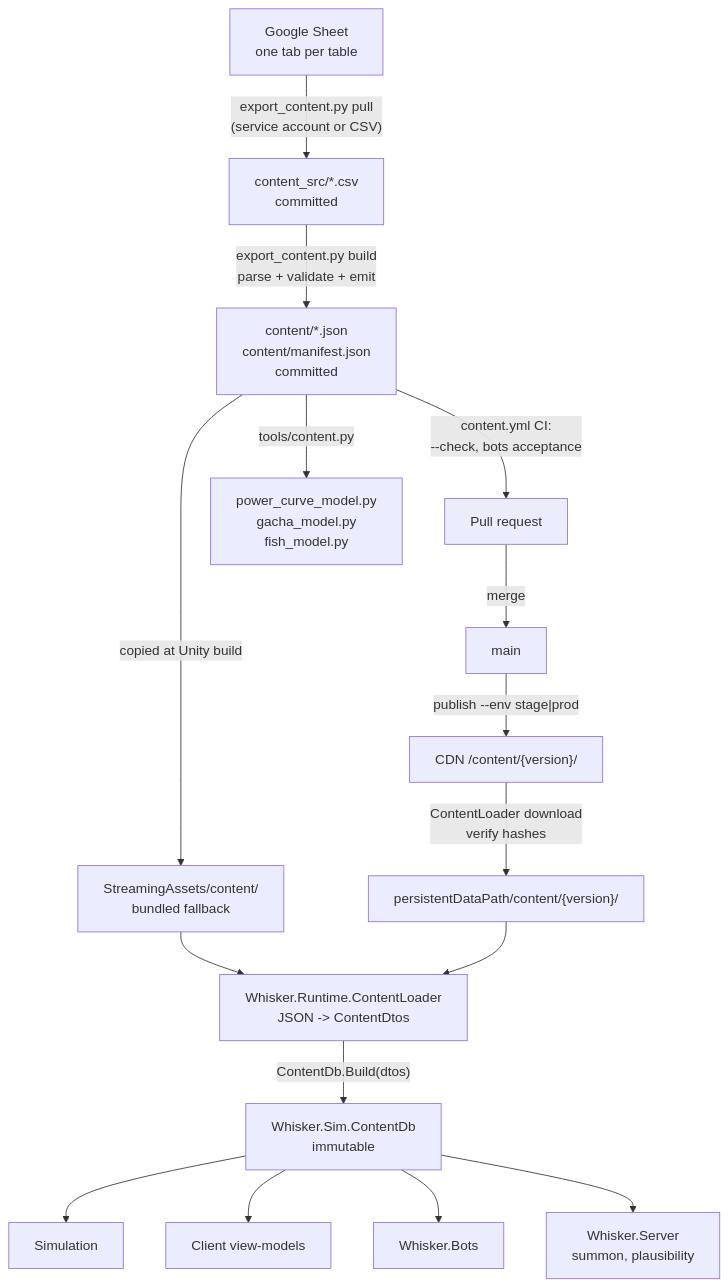
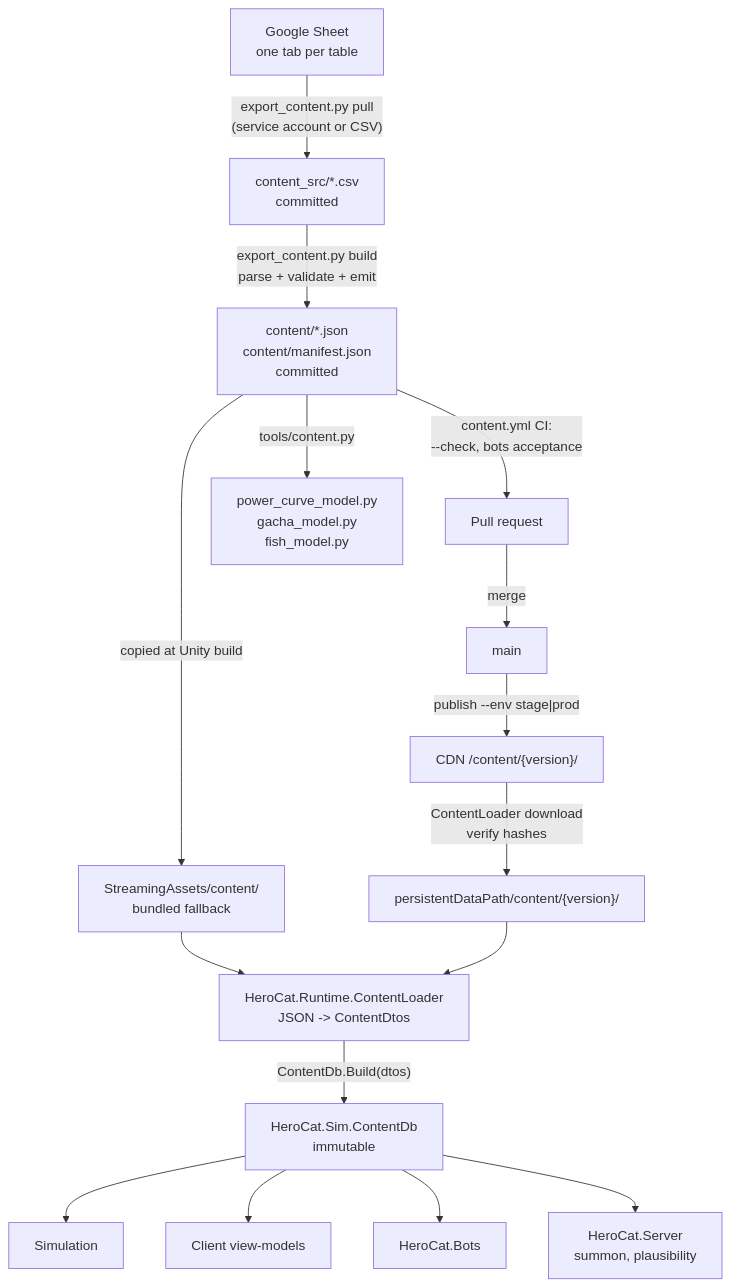
One commit to kjew2/herocat changed the first of 2 diagrams in specs/09-content-data-pipeline.md. Above: the diagram before and after it, drawn with Mermaid. The commit also changed other lines of this file and 35 other files, not shown here.

First line of the commit message:
Record first spec decisions: HeroCat names, Unity 6, no web build, clean replace

````diff
--- a/specs/09-content-data-pipeline.md
+++ b/specs/09-content-data-pipeline.md
@@ -20,18 +20,18 @@
 ```mermaid
 flowchart TD
     Sheet["Google Sheet<br/>one tab per table"] -->|"export_content.py pull<br/>(service account or CSV)"| CSV["content_src/*.csv<br/>committed"]
     CSV -->|"export_content.py build<br/>parse + validate + emit"| JSON["content/*.json<br/>content/manifest.json<br/>committed"]
     JSON -->|"content.yml CI:<br/>--check, bots acceptance"| PR["Pull request"]
     PR -->|"merge"| Main["main"]
     Main -->|"publish --env stage|prod"| CDN["CDN /content/{version}/"]
     JSON -->|"copied at Unity build"| SA["StreamingAssets/content/<br/>bundled fallback"]
     CDN -->|"ContentLoader download<br/>verify hashes"| Cache["persistentDataPath/content/{version}/"]
-    SA --> Loader["Whisker.Runtime.ContentLoader<br/>JSON -> ContentDtos"]
+    SA --> Loader["HeroCat.Runtime.ContentLoader<br/>JSON -> ContentDtos"]
     Cache --> Loader
-    Loader -->|"ContentDb.Build(dtos)"| DB["Whisker.Sim.ContentDb<br/>immutable"]
+    Loader -->|"ContentDb.Build(dtos)"| DB["HeroCat.Sim.ContentDb<br/>immutable"]
     DB --> Sim["Simulation"]
     DB --> VM["Client view-models"]
-    DB --> Bots["Whisker.Bots"]
-    DB --> Server["Whisker.Server<br/>summon, plausibility"]
+    DB --> Bots["HeroCat.Bots"]
+    DB --> Server["HeroCat.Server<br/>summon, plausibility"]
     JSON -->|"tools/content.py"| Py["power_curve_model.py<br/>gacha_model.py<br/>fish_model.py"]
 ```
````
